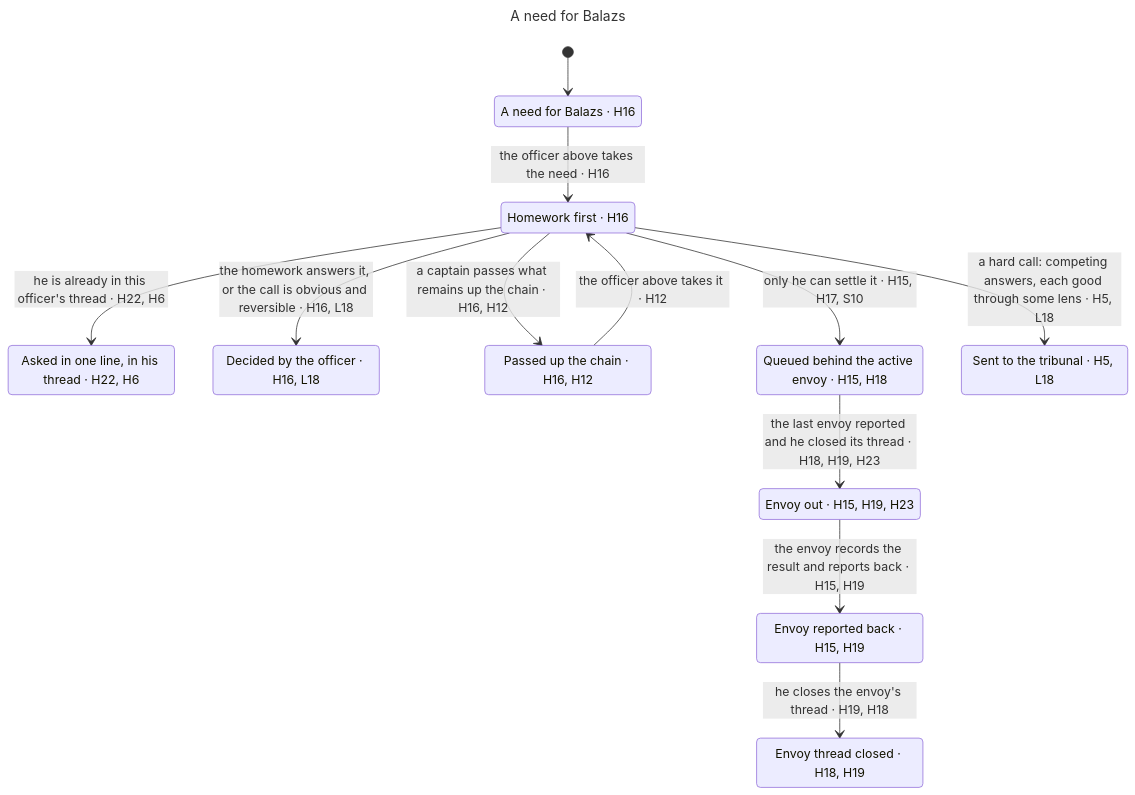
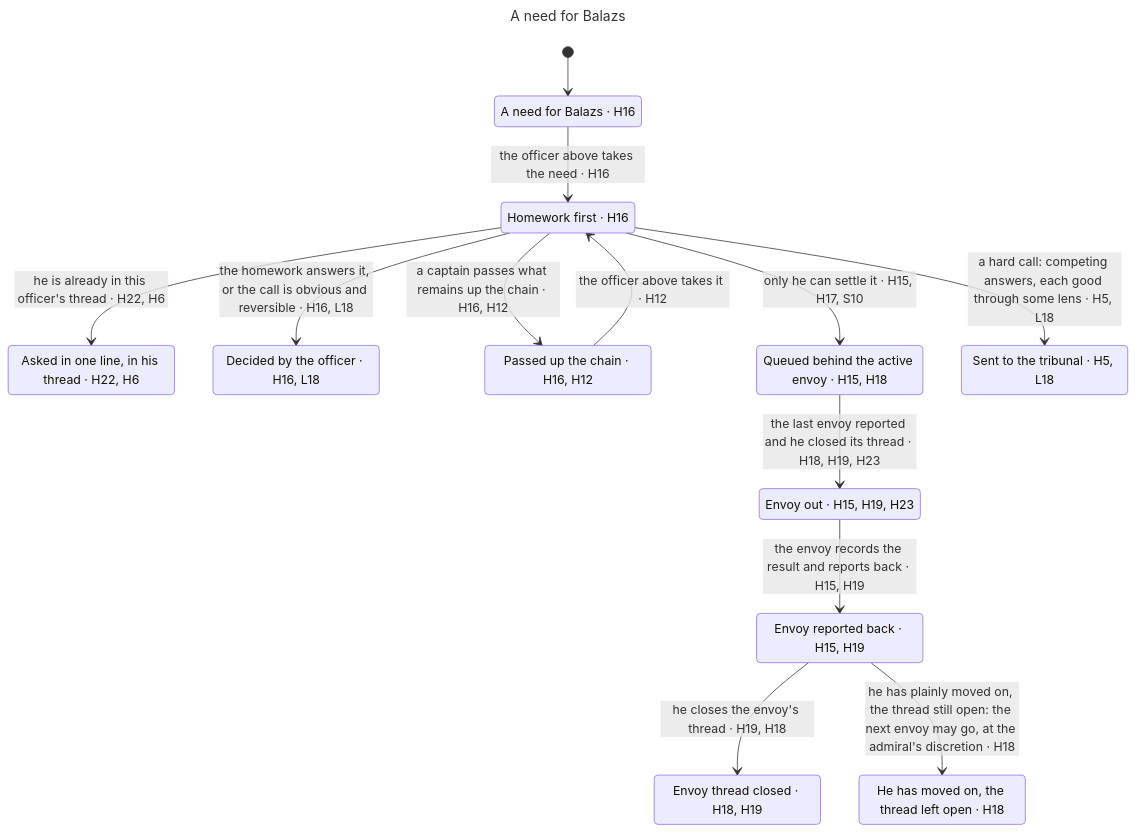
Before and after one commit to BalazsOrg/dydo: the diagram in claims/statechart/envoy/chart.mmd, drawn with Mermaid. The commit also changed 84 other files, not shown here.

```diff
--- a/claims/statechart/envoy/chart.mmd
+++ b/claims/statechart/envoy/chart.mmd
@@ -1,25 +1,27 @@
 ---
 title: "A need for Balazs"
 ---
 stateDiagram-v2
   s0: A need for Balazs #183; H16
   s1: Homework first #183; H16
   s2: Asked in one line, in his thread #183; H22, H6
   s3: Decided by the officer #183; H16, L18
   s4: Passed up the chain #183; H16, H12
   s5: Queued behind the active envoy #183; H15, H18
   s6: Sent to the tribunal #183; H5, L18
   s7: Envoy out #183; H15, H19, H23
   s8: Envoy reported back #183; H15, H19
   s9: Envoy thread closed #183; H18, H19
+  s10: He has moved on, the thread left open #183; H18
   [*] --> s0
   s0 --> s1: the officer above takes the need #183; H16
   s1 --> s2: he is already in this officer's thread #183; H22, H6
   s1 --> s3: the homework answers it, or the call is obvious and reversible #183; H16, L18
   s1 --> s5: only he can settle it #183; H15, H17, S10
   s1 --> s6: a hard call: competing answers, each good through some lens #183; H5, L18
   s1 --> s4: a captain passes what remains up the chain #183; H16, H12
   s4 --> s1: the officer above takes it #183; H12
   s5 --> s7: the last envoy reported and he closed its thread #183; H18, H19, H23
   s7 --> s8: the envoy records the result and reports back #183; H15, H19
   s8 --> s9: he closes the envoy's thread #183; H19, H18
+  s8 --> s10: he has plainly moved on, the thread still open: the next envoy may go, at the admiral's discretion #183; H18
```
